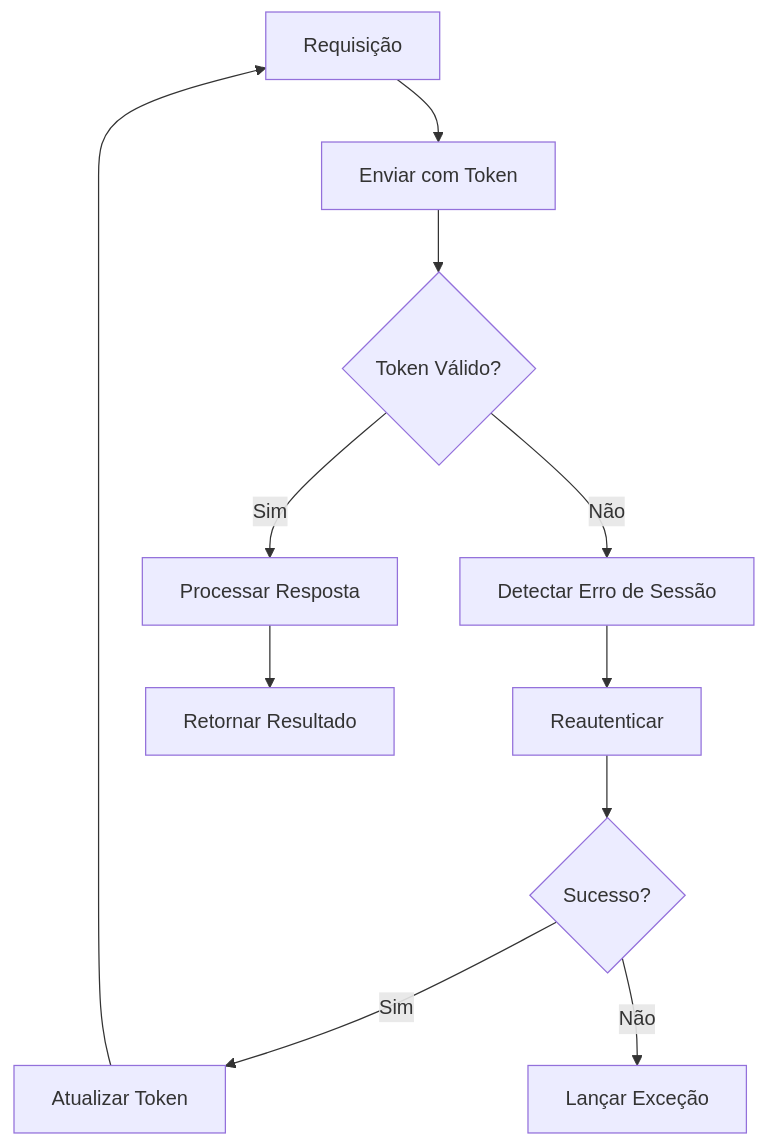
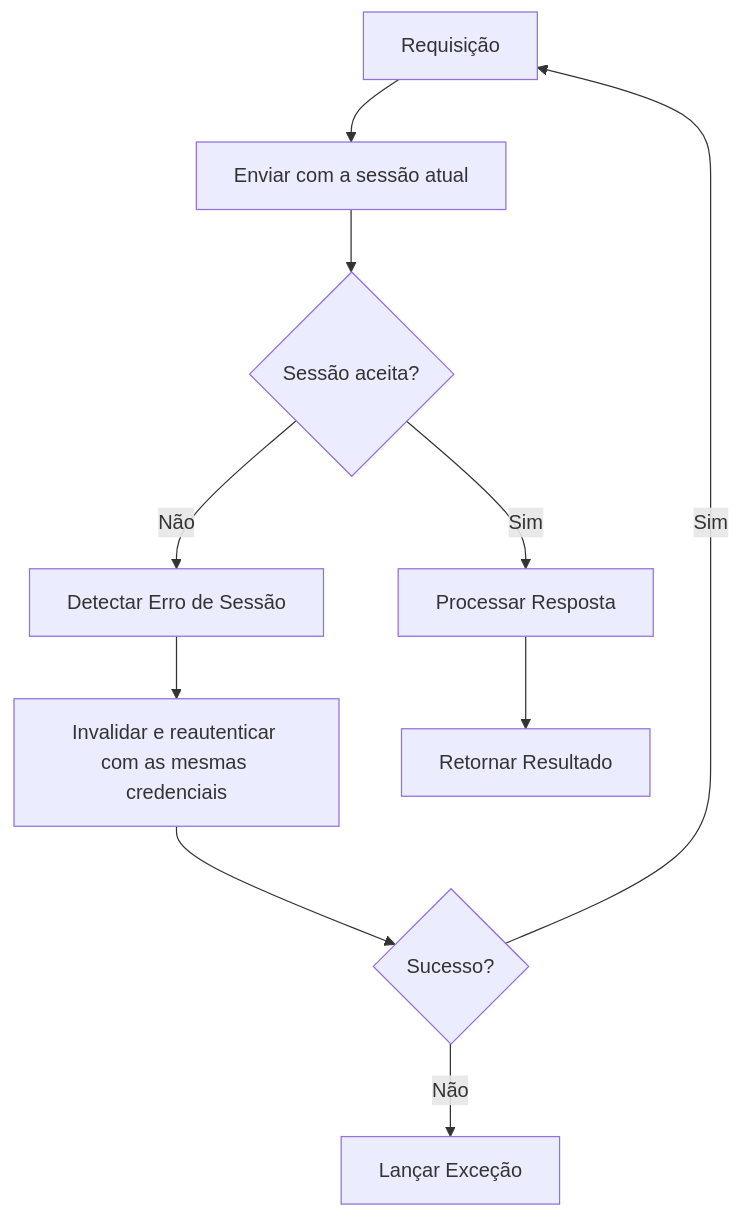
Before and after one commit to ssmvictor/Sankhya-SDK-python: the fifth of 5 diagrams in docs/core-concepts/session-management.md, drawn with Mermaid. The commit also changed other lines of this file and 1 other file, not shown here.

````diff
--- a/docs/core-concepts/session-management.md
+++ b/docs/core-concepts/session-management.md
@@ -287,13 +387,12 @@
 ```mermaid
 flowchart TD
-    A[Requisição] --> B[Enviar com Token]
-    B --> C{Token Válido?}
+    A[Requisição] --> B[Enviar com a sessão atual]
+    B --> C{Sessão aceita?}
     C -->|Sim| D[Processar Resposta]
     C -->|Não| E[Detectar Erro de Sessão]
-    E --> F[Reautenticar]
+    E --> F[Invalidar e reautenticar com as mesmas credenciais]
     F --> G{Sucesso?}
-    G -->|Sim| H[Atualizar Token]
-    H --> A
+    G -->|Sim| A
     G -->|Não| I[Lançar Exceção]
     D --> J[Retornar Resultado]
 ```
````
